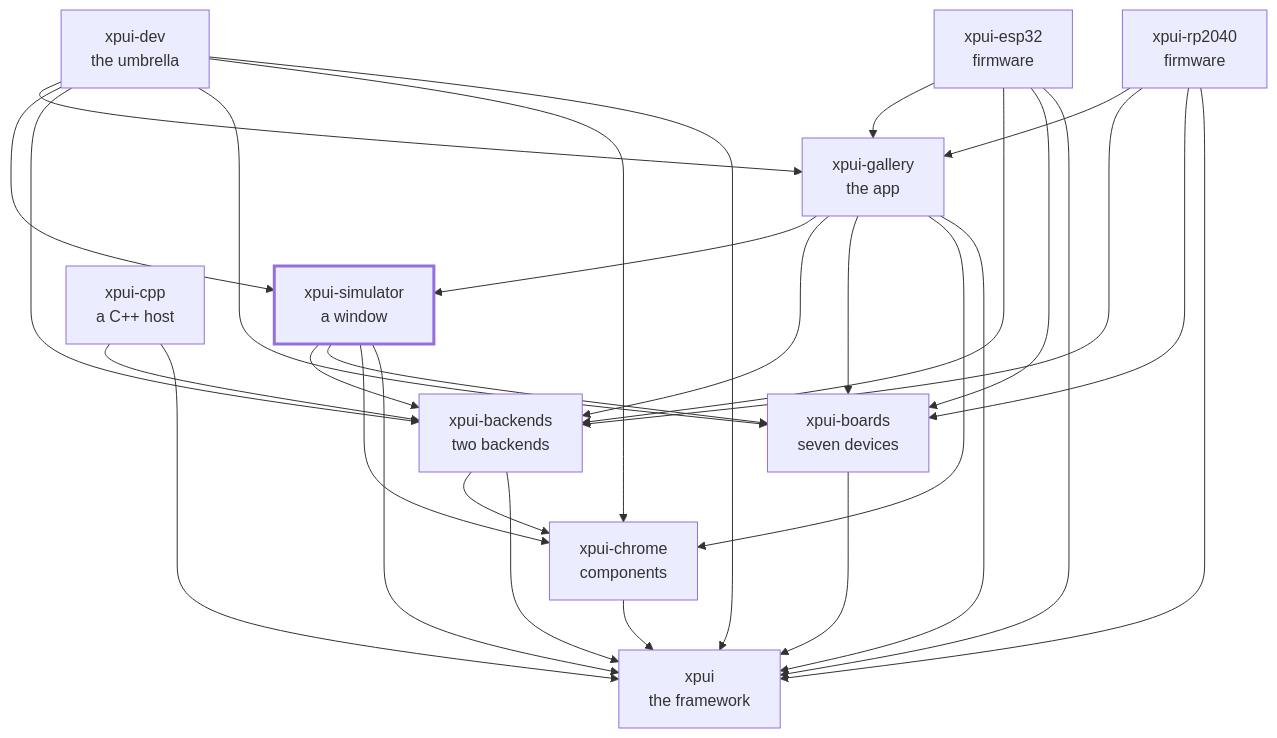
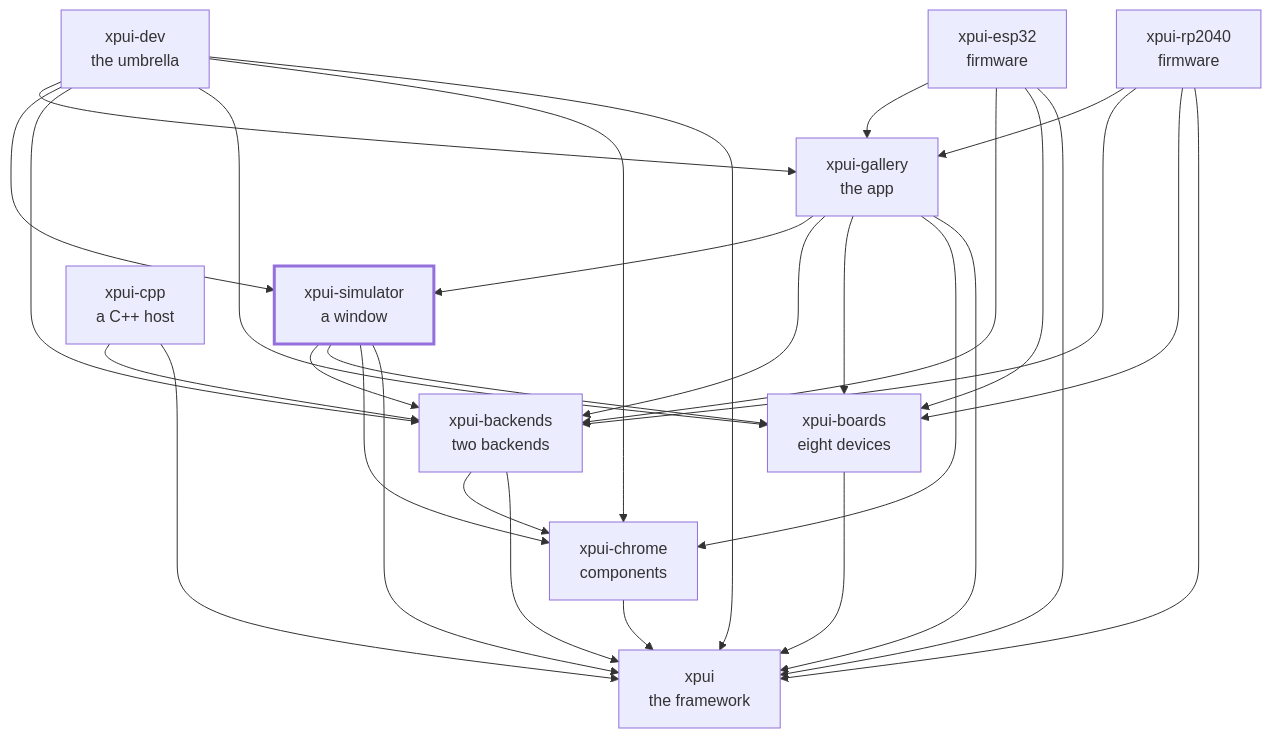
One commit to XPUI-Framework/xpui-simulator changed the diagram in README.md. Above: the diagram before and after it, drawn with Mermaid. The commit also changed other lines of this file and 18 other files, not shown here.

````diff
--- a/README.md
+++ b/README.md
@@ -87,43 +87,43 @@
 ```mermaid
 flowchart TD
   xpui["xpui<br/>the framework"]
   chrome["xpui-chrome<br/>components"]
-  boards["xpui-boards<br/>seven devices"]
+  boards["xpui-boards<br/>eight devices"]
   backends["xpui-backends<br/>two backends"]
   simulator["xpui-simulator<br/>a window"]
   gallery["xpui-gallery<br/>the app"]
   rp2040["xpui-rp2040<br/>firmware"]
   esp32["xpui-esp32<br/>firmware"]
   cpp["xpui-cpp<br/>a C++ host"]
   dev["xpui-dev<br/>the umbrella"]
   chrome --> xpui
   boards --> xpui
   backends --> xpui
   backends --> chrome
   simulator --> xpui
   simulator --> chrome
   simulator --> boards
   simulator --> backends
   gallery --> xpui
   gallery --> chrome
   gallery --> boards
   gallery --> backends
   gallery --> simulator
   rp2040 --> xpui
   rp2040 --> boards
   rp2040 --> backends
   rp2040 --> gallery
   esp32 --> xpui
   esp32 --> boards
   esp32 --> backends
   esp32 --> gallery
   cpp --> xpui
   cpp --> backends
   dev --> xpui
   dev --> chrome
   dev --> boards
   dev --> backends
   dev --> simulator
   dev --> gallery
   style simulator stroke-width:3px
 ```
````
